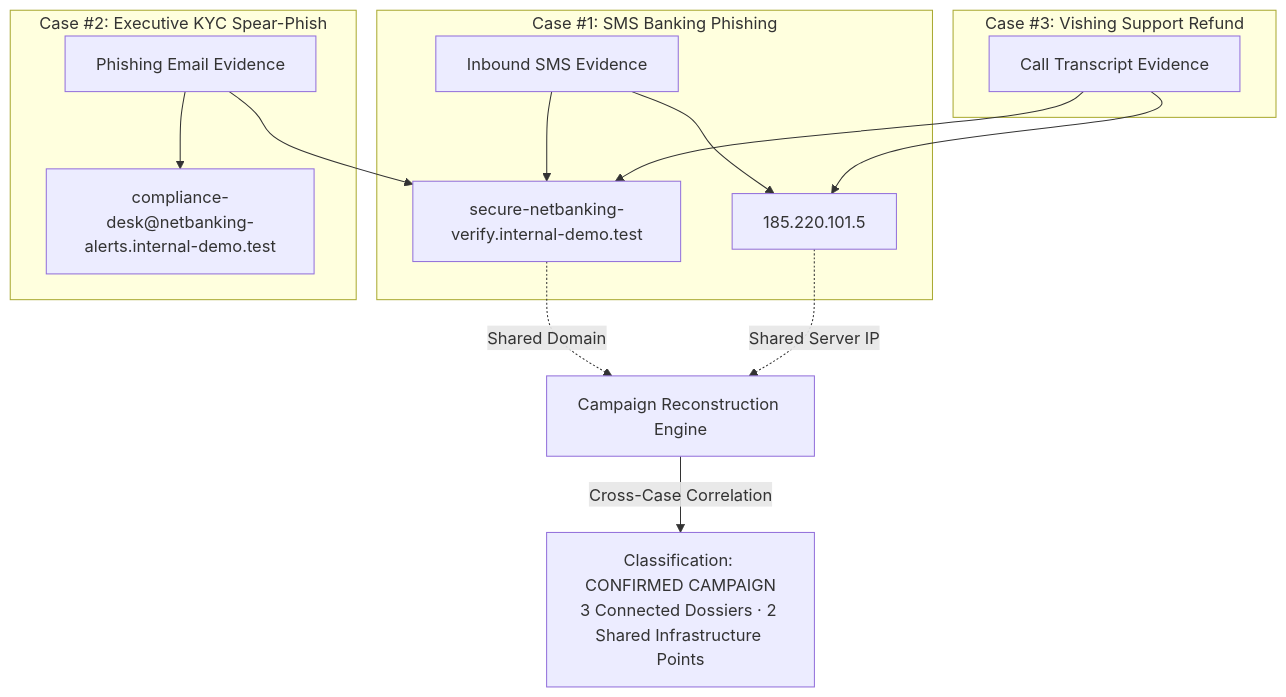
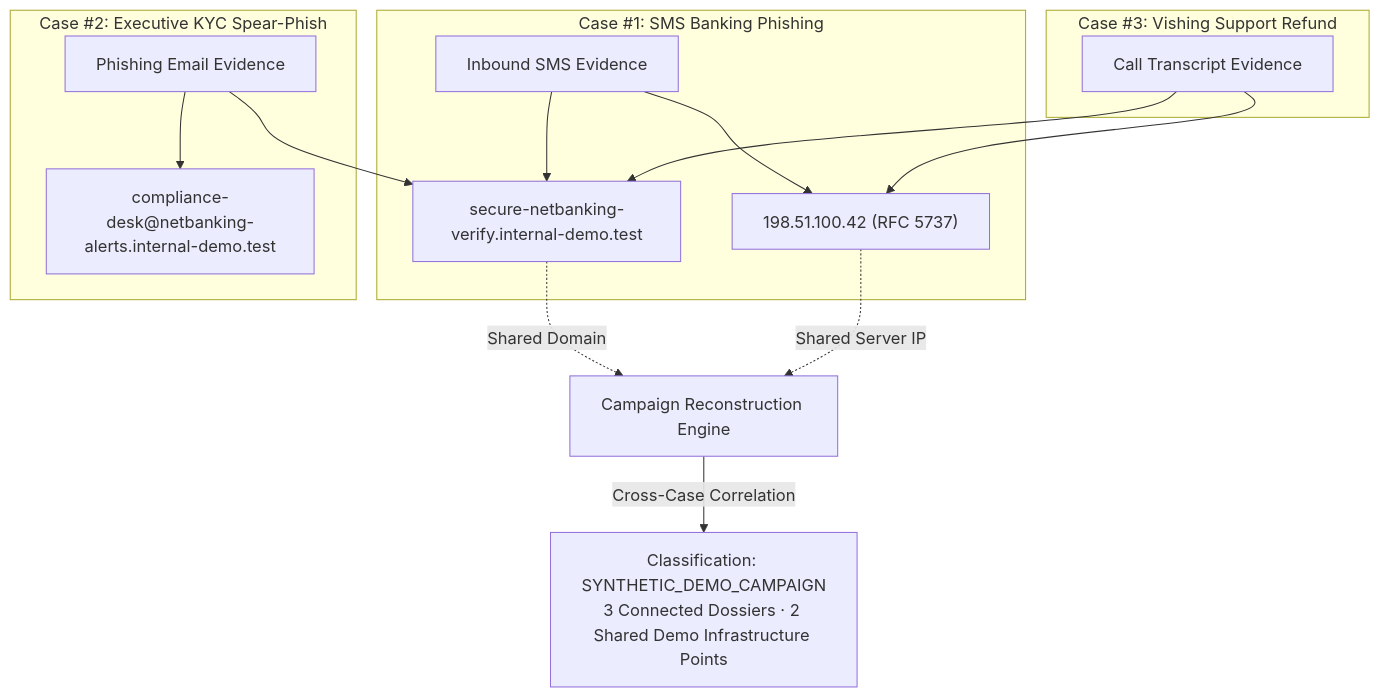
The first of 3 diagrams in README.md (samir-0-4/ScamShield), drawn with Mermaid before and after one commit. The commit also changed other lines of this file and 18 other files, not shown here.

First line of the commit message:
feat(forensics): adversarial audit & synthetic edge-case remediation

````diff
--- a/README.md
+++ b/README.md
@@ -87,21 +87,21 @@
 ```mermaid
 flowchart TD
     subgraph Case1["Case #1: SMS Banking Phishing"]
         E1["Inbound SMS Evidence"] --> I1["secure-netbanking-verify.internal-demo.test"]
-        E1 --> IP1["185.220.101.5"]
+        E1 --> IP1["198.51.100.42 (RFC 5737)"]
     end
 
     subgraph Case2["Case #2: Executive KYC Spear-Phish"]
         E2["Phishing Email Evidence"] --> I1
         E2 --> EM2["compliance-desk@netbanking-alerts.internal-demo.test"]
     end
 
     subgraph Case3["Case #3: Vishing Support Refund"]
         E3["Call Transcript Evidence"] --> I1
         E3 --> IP1
     end
 
     I1 -.->|"Shared Domain"| CR["Campaign Reconstruction Engine"]
     IP1 -.->|"Shared Server IP"| CR
-    CR -->|"Cross-Case Correlation"| CLASSIFY["Classification: CONFIRMED CAMPAIGN\n3 Connected Dossiers · 2 Shared Infrastructure Points"]
+    CR -->|"Cross-Case Correlation"| CLASSIFY["Classification: SYNTHETIC_DEMO_CAMPAIGN\n3 Connected Dossiers · 2 Shared Demo Infrastructure Points"]
 ```
````
